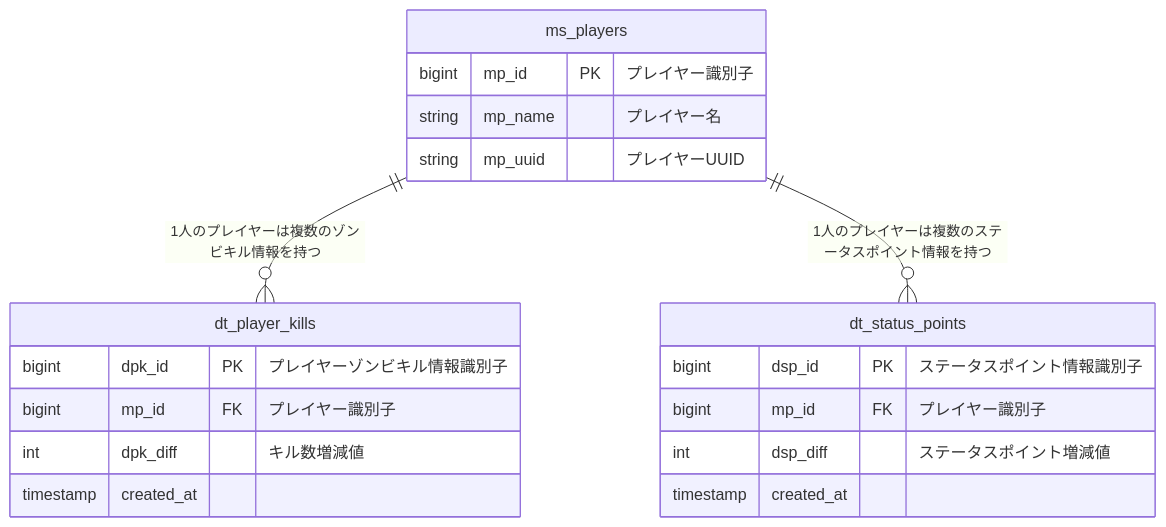
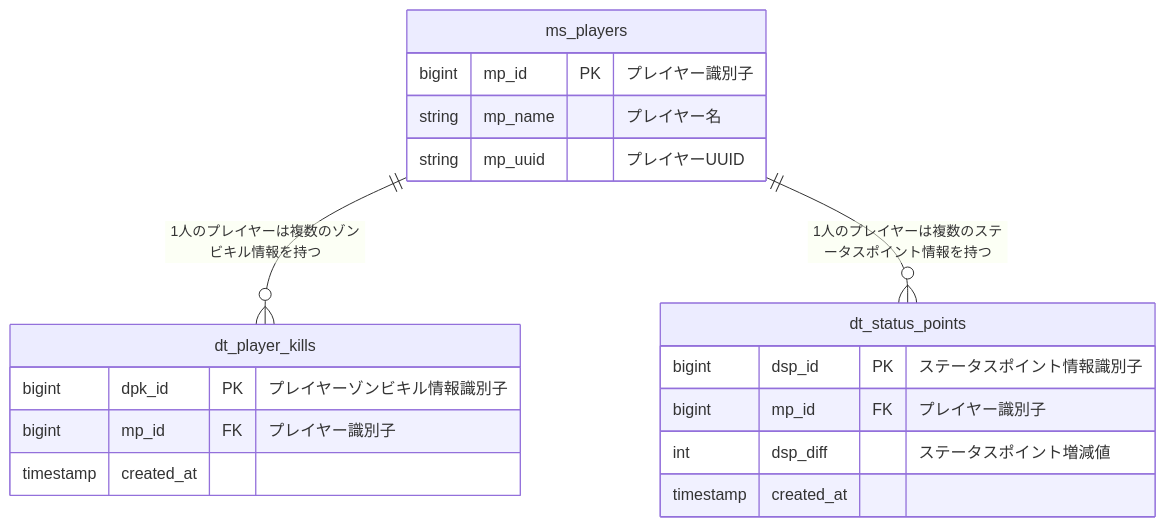
One commit to hirotask/ZON-Core changed the diagram in docs/データベース設計.md. Above: the diagram before and after it, drawn with Mermaid. The commit also changed other lines of this file, not shown here.

````diff
--- a/docs/データベース設計.md
+++ b/docs/データベース設計.md
@@ -60,22 +59,21 @@
 ```mermaid
 erDiagram
     ms_players {
         bigint mp_id PK "プレイヤー識別子"
         string mp_name "プレイヤー名"
         string mp_uuid "プレイヤーUUID"
     }
     dt_player_kills {
         bigint dpk_id PK "プレイヤーゾンビキル情報識別子"
         bigint mp_id FK "プレイヤー識別子"
-        int dpk_diff "キル数増減値"
         timestamp created_at
     }
     dt_status_points {
         bigint dsp_id PK "ステータスポイント情報識別子"
         bigint mp_id FK "プレイヤー識別子"
         int dsp_diff "ステータスポイント増減値"
         timestamp created_at
     }
     ms_players ||--o{ dt_player_kills : "1人のプレイヤーは複数のゾンビキル情報を持つ"
     ms_players ||--o{ dt_status_points : "1人のプレイヤーは複数のステータスポイント情報を持つ"
 ```
````
